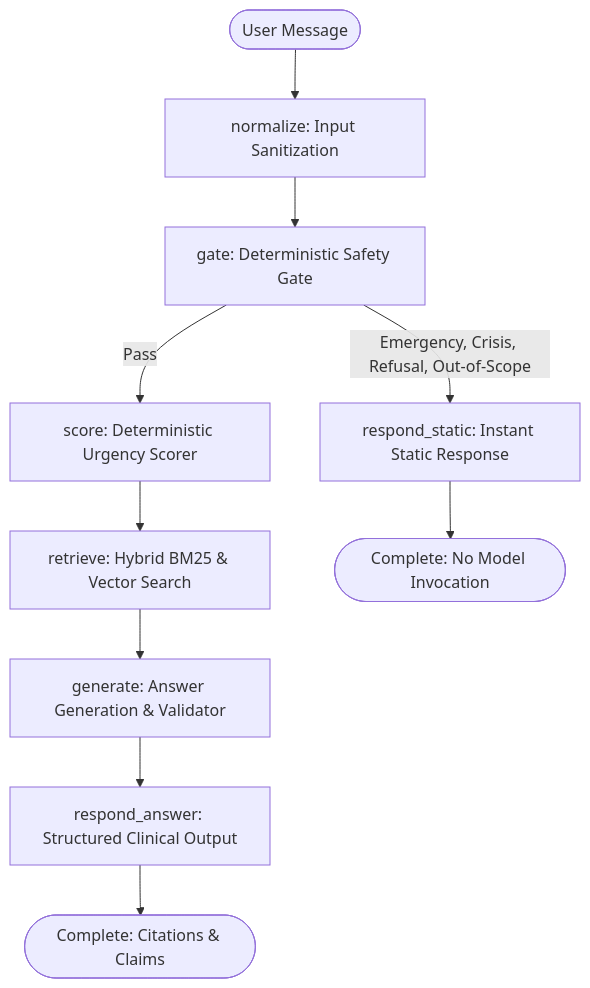
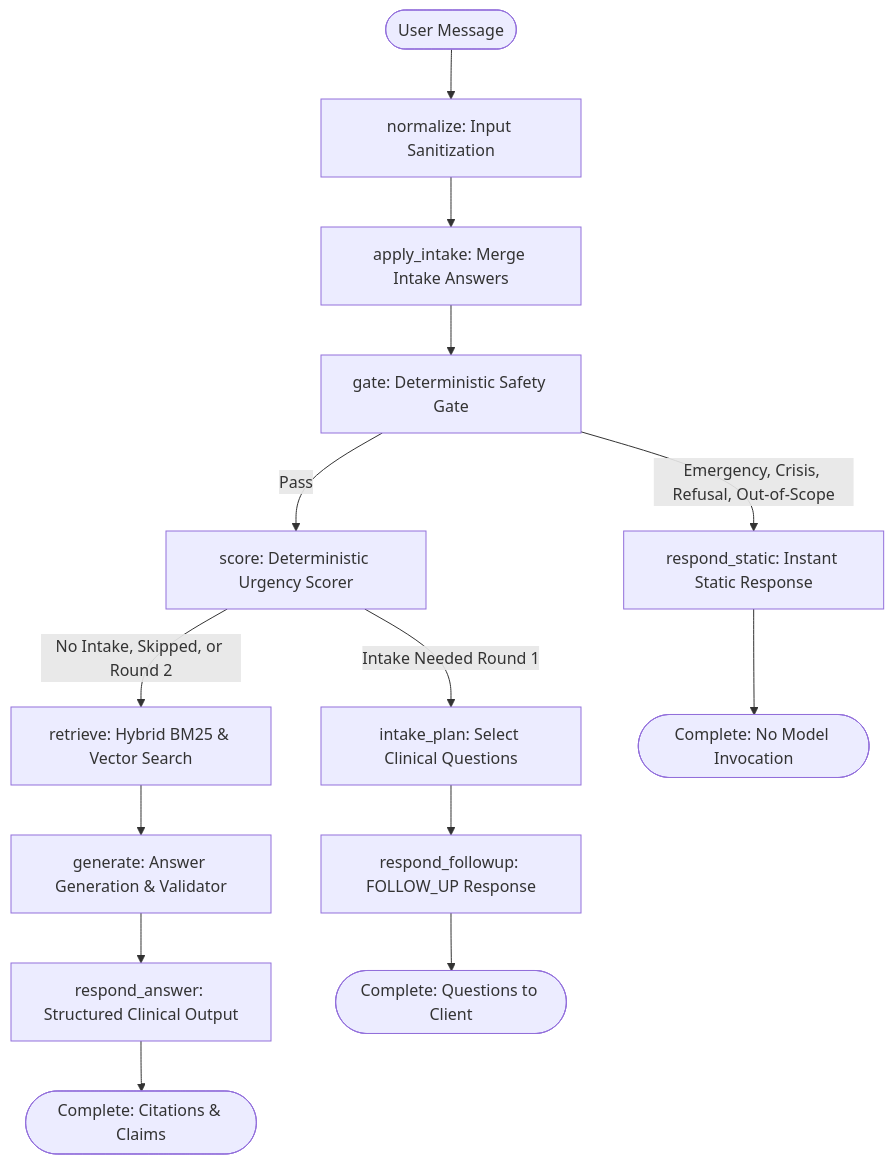
The diagram in docs/ARCHITECTURE.md (TanishqMhatre1546/AIRA), drawn with Mermaid before and after one commit. The commit also changed other lines of this file and 41 other files, not shown here.

````diff
--- a/docs/ARCHITECTURE.md
+++ b/docs/ARCHITECTURE.md
@@ -11,18 +11,24 @@
 ```mermaid
 flowchart TD
     START([User Message]) --> normalize[normalize: Input Sanitization]
-    normalize --> gate[gate: Deterministic Safety Gate]
+    normalize --> apply_intake[apply_intake: Merge Intake Answers]
+    apply_intake --> gate[gate: Deterministic Safety Gate]
     
     %% Branching Decision
     gate -->|Emergency, Crisis, Refusal, Out-of-Scope| respond_static[respond_static: Instant Static Response]
     gate -->|Pass| score[score: Deterministic Urgency Scorer]
     
+    %% Intake Branching
+    score -->|Intake Needed Round 1| intake_plan[intake_plan: Select Clinical Questions]
+    intake_plan --> respond_followup[respond_followup: FOLLOW_UP Response]
+    
     %% Clinical Processing Path
-    score --> retrieve[retrieve: Hybrid BM25 & Vector Search]
+    score -->|No Intake, Skipped, or Round 2| retrieve[retrieve: Hybrid BM25 & Vector Search]
     retrieve --> generate[generate: Answer Generation & Validator]
     generate --> respond_answer[respond_answer: Structured Clinical Output]
     
     %% Terminations
     respond_static --> END_STATIC([Complete: No Model Invocation])
+    respond_followup --> END_FOLLOWUP([Complete: Questions to Client])
     respond_answer --> END_ANSWER([Complete: Citations & Claims])
 ```
````
